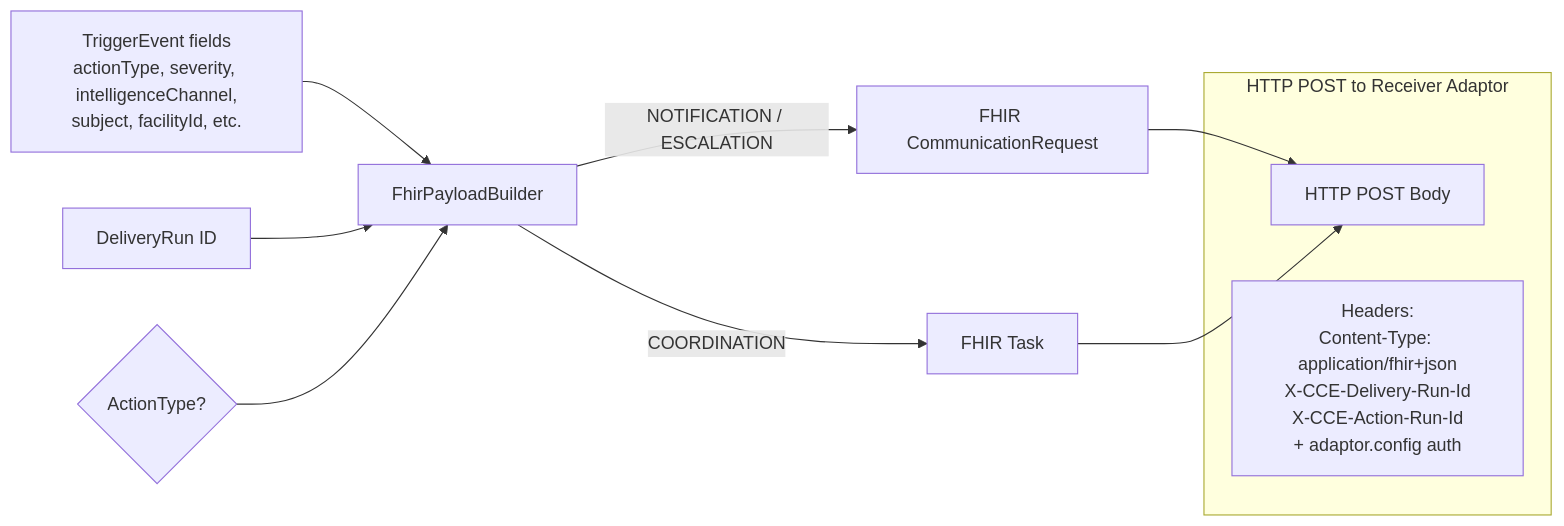
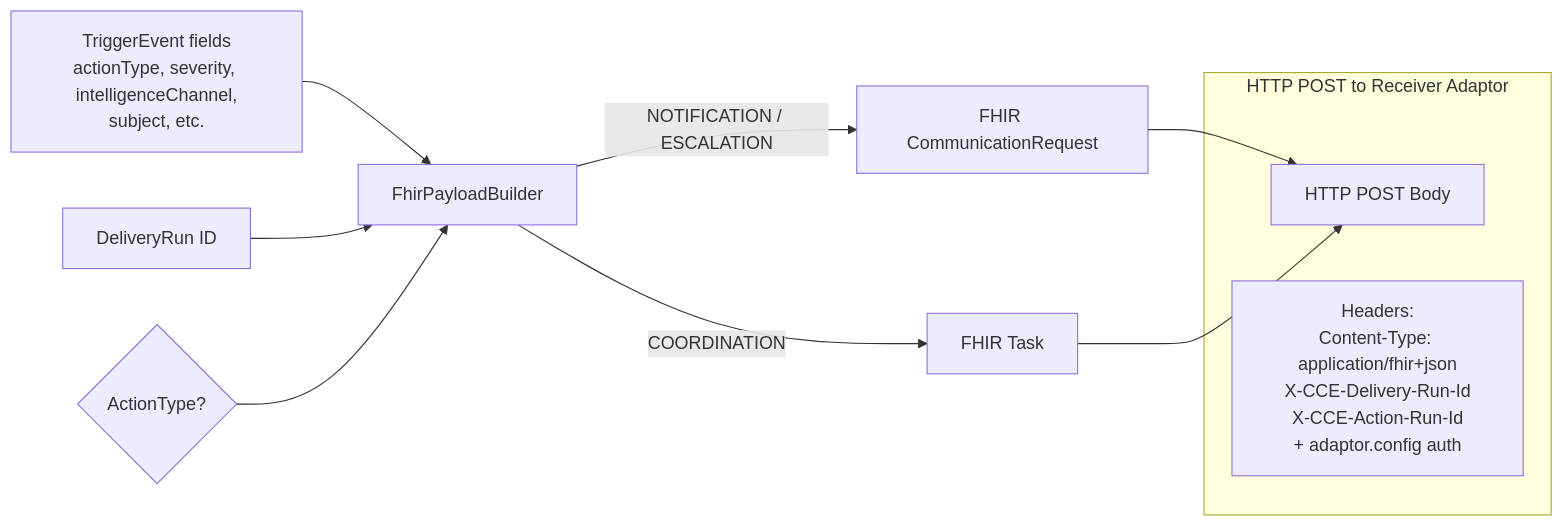
Before and after one commit to Jayaprakash8887/cce-intelligence-service: the seventh of 13 diagrams in docs/flow-diagrams.md, drawn with Mermaid. The commit also changed 4 other files, not shown here.

Commit message:
documentation update for intelligence event

````diff
--- a/docs/flow-diagrams.md
+++ b/docs/flow-diagrams.md
@@ -235,15 +235,15 @@
 ```mermaid
 flowchart LR
-    TE["TriggerEvent fields<br/>actionType, severity, intelligenceChannel,<br/>subject, facilityId, etc."] --> FB[FhirPayloadBuilder]
+    TE["TriggerEvent fields<br/>actionType, severity, intelligenceChannel,<br/>subject, etc."] --> FB[FhirPayloadBuilder]
     DRI["DeliveryRun ID"] --> FB
     AT{"ActionType?"} --> FB
     FB -->|NOTIFICATION / ESCALATION| CR["FHIR CommunicationRequest"]
     FB -->|COORDINATION| TK["FHIR Task"]
     CR --> H[HTTP POST Body]
     TK --> H
 
     subgraph "HTTP POST to Receiver Adaptor"
         H
         Headers["Headers:<br/>Content-Type: application/fhir+json<br/>X-CCE-Delivery-Run-Id<br/>X-CCE-Action-Run-Id<br/>+ adaptor.config auth"]
     end
 ```
````
